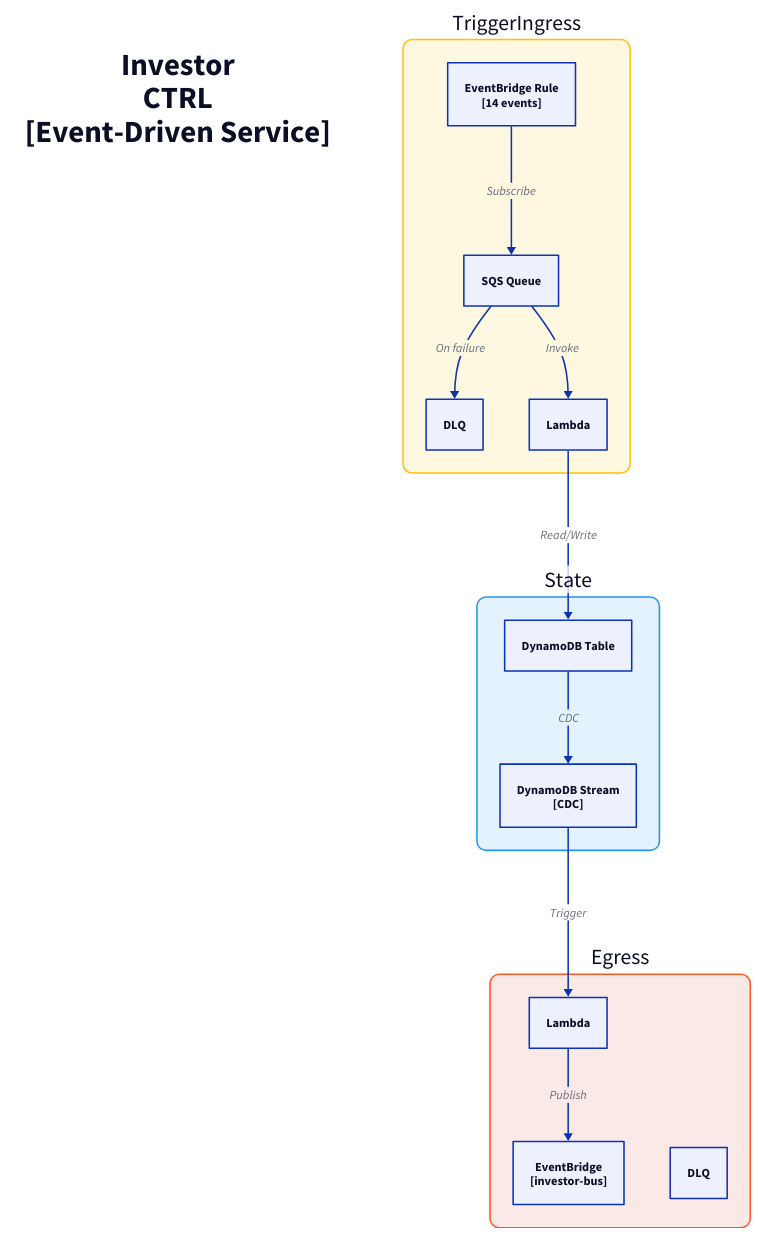
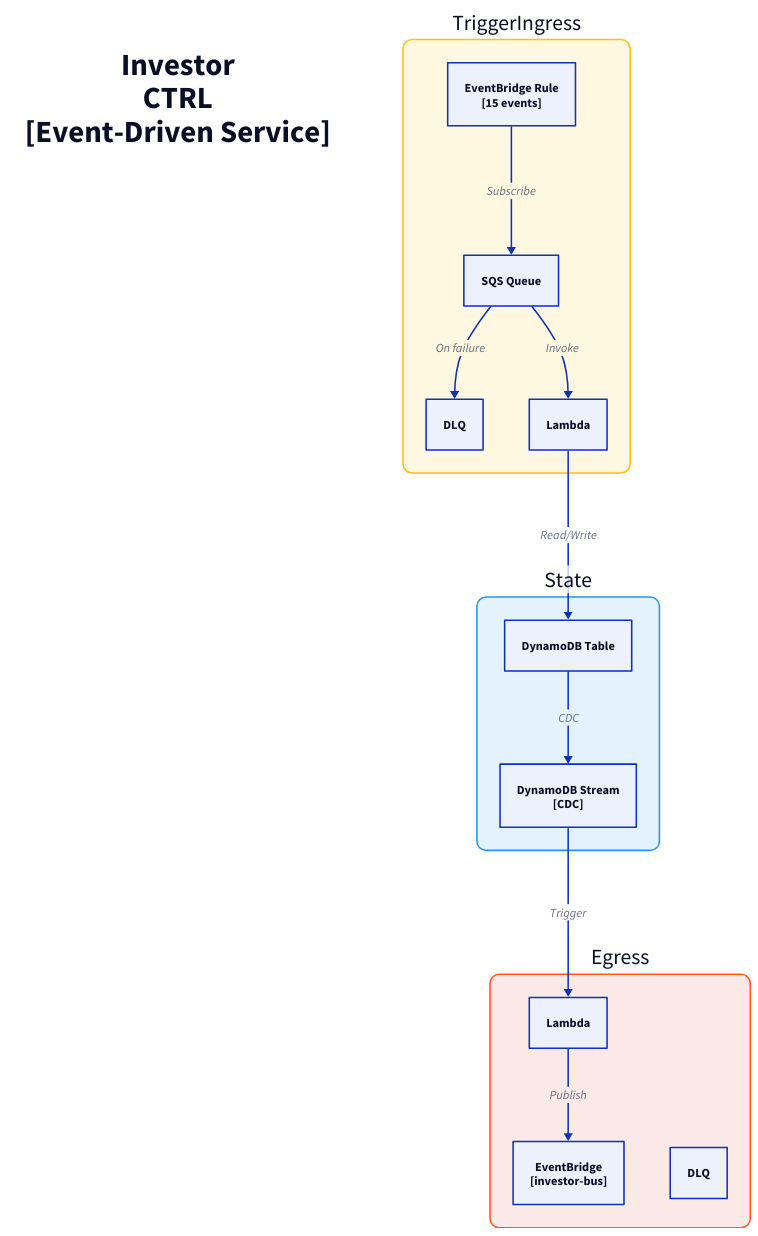
Before and after one commit to fabio-vitali/nestfolio: the diagram in docs/architecture/c3/investor-ctrl.d2, drawn with D2. The commit also changed 15 other files, not shown here.

First line of the commit message:
docs(architecture): regen advisory-cycle flow + C4 diagrams post-precomputation

```diff
--- a/docs/architecture/c3/investor-ctrl.d2
+++ b/docs/architecture/c3/investor-ctrl.d2
@@ -1,37 +1,37 @@
 direction: down
 
 title: "Investor\nCTRL\n[Event-Driven Service]" {
   style: { font-size: 40; bold: true; fill: transparent; stroke: transparent }
 }
 
 ingress: "TriggerIngress" {
   style: { fill: "#FFF8E1"; stroke: "#FFC107"; border-radius: 12; font-size: 28 }
-  rule: "EventBridge Rule\n[14 events]" { class: aws-eventbridge }
+  rule: "EventBridge Rule\n[15 events]" { class: aws-eventbridge }
   sqs: "SQS Queue" { class: aws-sqs }
   dlq: "DLQ" { class: aws-dlq }
   handler: "Lambda" { class: aws-lambda }
 
   rule -> sqs: Subscribe
   sqs -> handler: Invoke
   sqs -> dlq: On failure
 }
 
 state: "State" {
   style: { fill: "#E3F2FD"; stroke: "#2196F3"; border-radius: 12; font-size: 28 }
   table: "DynamoDB Table" { class: aws-dynamodb }
   stream: "DynamoDB Stream\n[CDC]" { class: aws-ddb-stream }
   table -> stream: CDC
 }
 
 egress: "Egress" {
   style: { fill: "#FBE9E7"; stroke: "#FF5722"; border-radius: 12; font-size: 28 }
   processor: "Lambda" { class: aws-lambda }
   bus: "EventBridge\n[investor-bus]" { class: aws-eventbridge }
   dlq: "DLQ" { class: aws-dlq }
 
   processor -> bus: Publish
 }
 
 # Flows
 ingress.handler -> state.table: Read/Write
 state.stream -> egress.processor: Trigger
```
